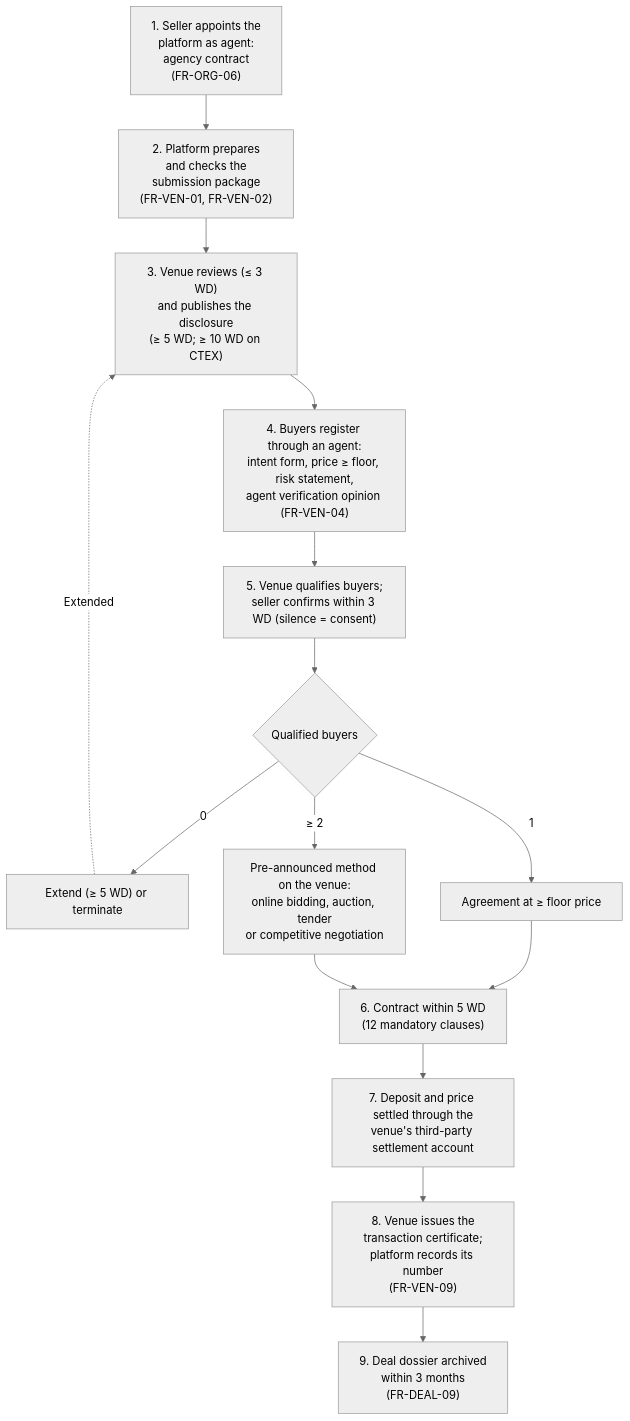
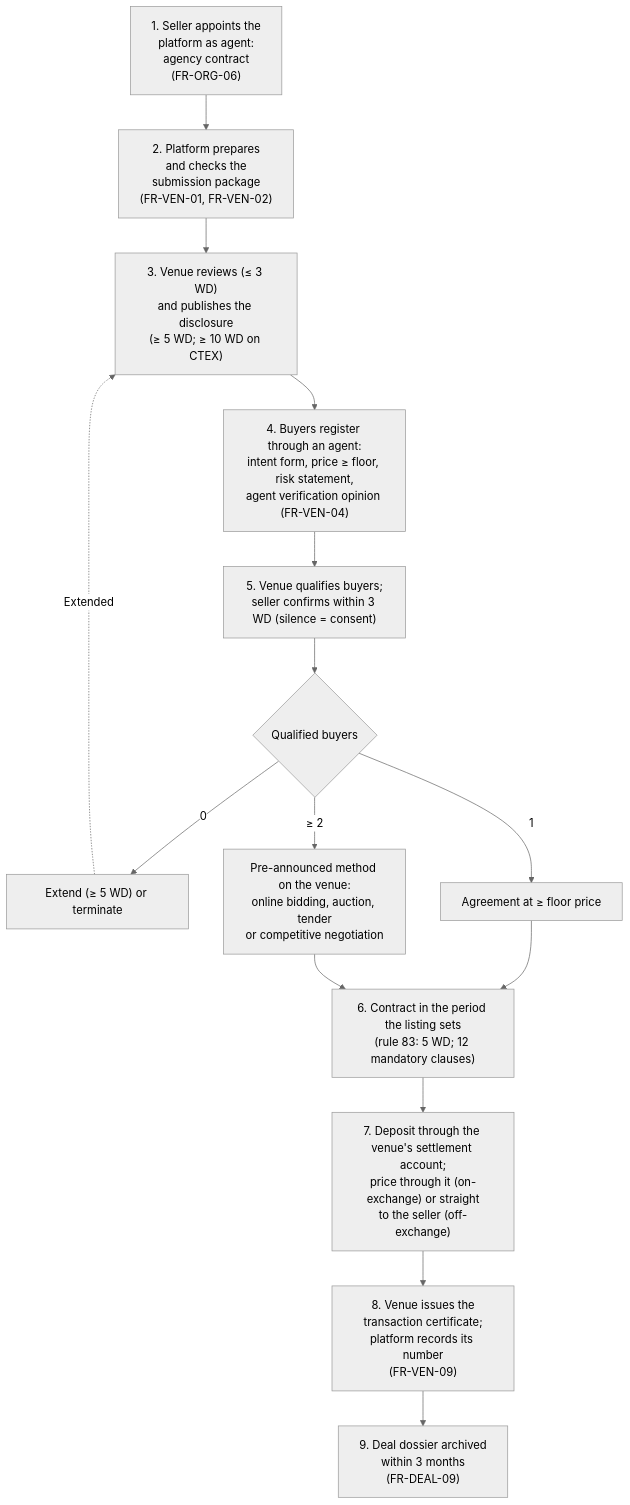
Before and after one commit to greensoft-atom/tex-platform: the fifth of 12 diagrams in 07-roles-workflows-and-money.md, drawn with Mermaid (neutral theme). The commit also changed other lines of this file and 130 other files, not shown here.

````diff
--- a/07-roles-workflows-and-money.md
+++ b/07-roles-workflows-and-money.md
@@ -253,17 +253,17 @@
 ```mermaid
 flowchart TD
     A["1. Seller appoints the<br/>platform as agent:<br/>agency contract<br/>(FR-ORG-06)"] --> B["2. Platform prepares<br/>and checks the<br/>submission package<br/>(FR-VEN-01, FR-VEN-02)"]
     B --> C["3. Venue reviews (≤ 3 WD)<br/>and publishes the disclosure<br/>(≥ 5 WD; ≥ 10 WD on CTEX)"]
     C --> D["4. Buyers register through an agent:<br/>intent form, price ≥ floor, risk statement,<br/>agent verification opinion (FR-VEN-04)"]
     D --> E["5. Venue qualifies buyers;<br/>seller confirms within 3 WD (silence = consent)"]
     E --> F{"Qualified buyers"}
     F -->|"0"| G["Extend (≥ 5 WD) or terminate"]
     G -.->|"Extended"| C
     F -->|"1"| H["Agreement at ≥ floor price"]
     F -->|"≥ 2"| I["Pre-announced method on the venue:<br/>online bidding, auction, tender<br/>or competitive negotiation"]
-    H --> J["6. Contract within 5 WD<br/>(12 mandatory clauses)"]
+    H --> J["6. Contract in the period the listing sets<br/>(rule 83: 5 WD; 12 mandatory clauses)"]
     I --> J
-    J --> K["7. Deposit and price settled through the<br/>venue's third-party settlement account"]
+    J --> K["7. Deposit through the venue's settlement account;<br/>price through it (on-exchange) or straight<br/>to the seller (off-exchange)"]
     K --> L["8. Venue issues the<br/>transaction certificate;<br/>platform records its number<br/>(FR-VEN-09)"]
     L --> M["9. Deal dossier archived<br/>within 3 months<br/>(FR-DEAL-09)"]
 ```
````
